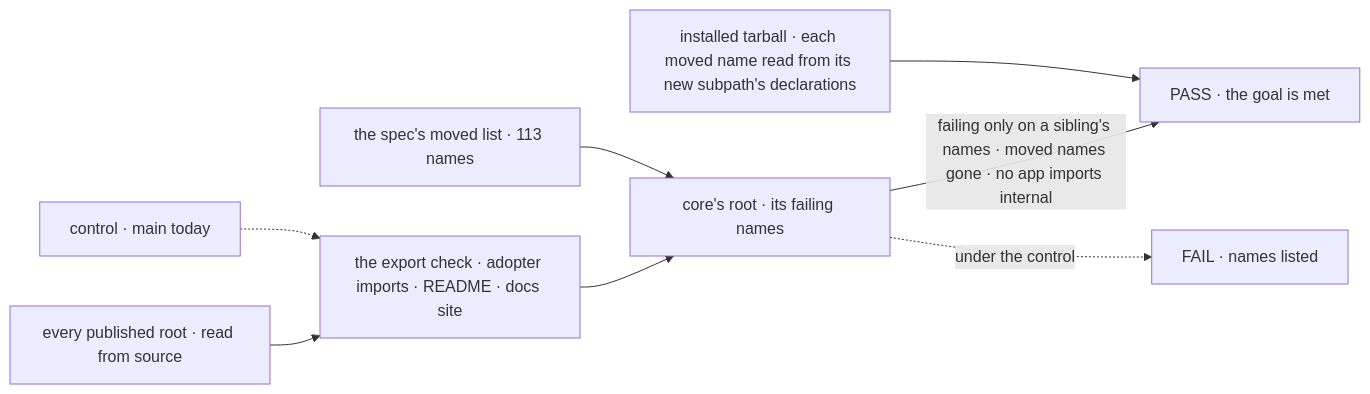
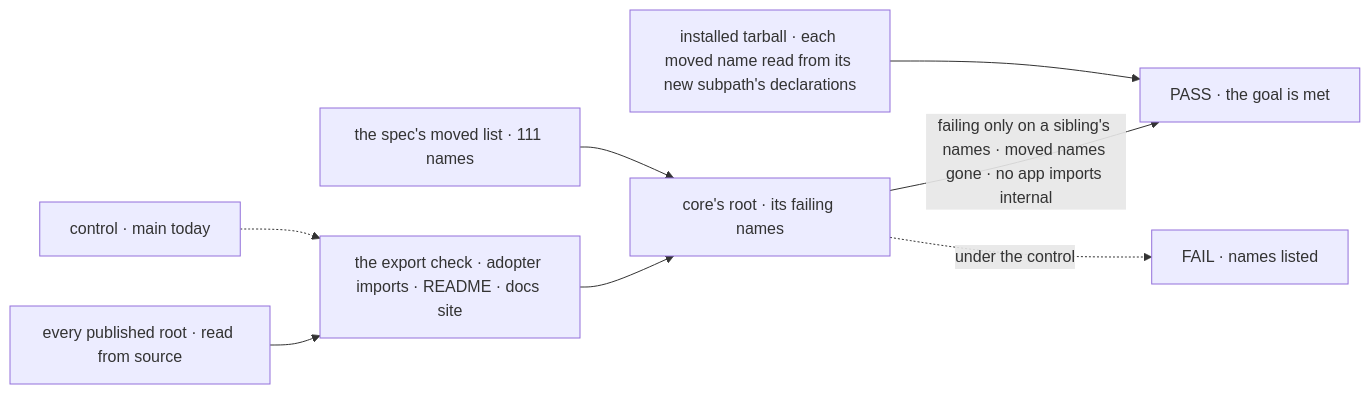
Before and after one commit to fixpoint-labs/flow-state-dev: the first of 2 diagrams in specs/issues/FIX-2448/SPEC.md, drawn with Mermaid. The commit also changed other lines of this file and 4 other files, not shown here.

````diff
--- a/specs/issues/FIX-2448/SPEC.md
+++ b/specs/issues/FIX-2448/SPEC.md
@@ -28,10 +28,10 @@
 ```mermaid
 flowchart LR
   S["every published root · read from source"] --> K["the export check · adopter imports · README · docs site"]
   K --> R["core's root · its failing names"]
-  M["the spec's moved list · 113 names"] --> R
+  M["the spec's moved list · 111 names"] --> R
   R -->|"failing only on a sibling's names · moved names gone · no app imports internal"| P["PASS · the goal is met"]
   T["installed tarball · each moved name read from its new subpath's declarations"] --> P
   C["control · main today"] -.-> K
   R -.->|"under the control"| F["FAIL · names listed"]
 ```
````
